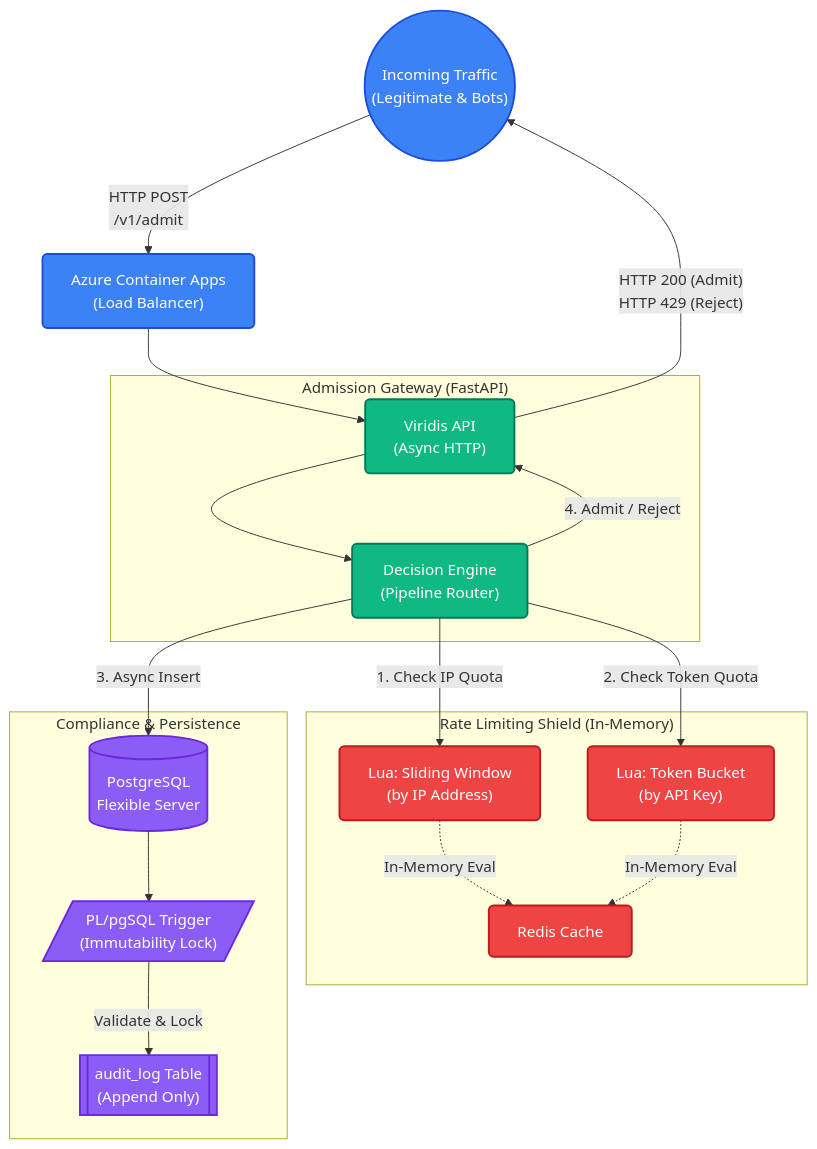
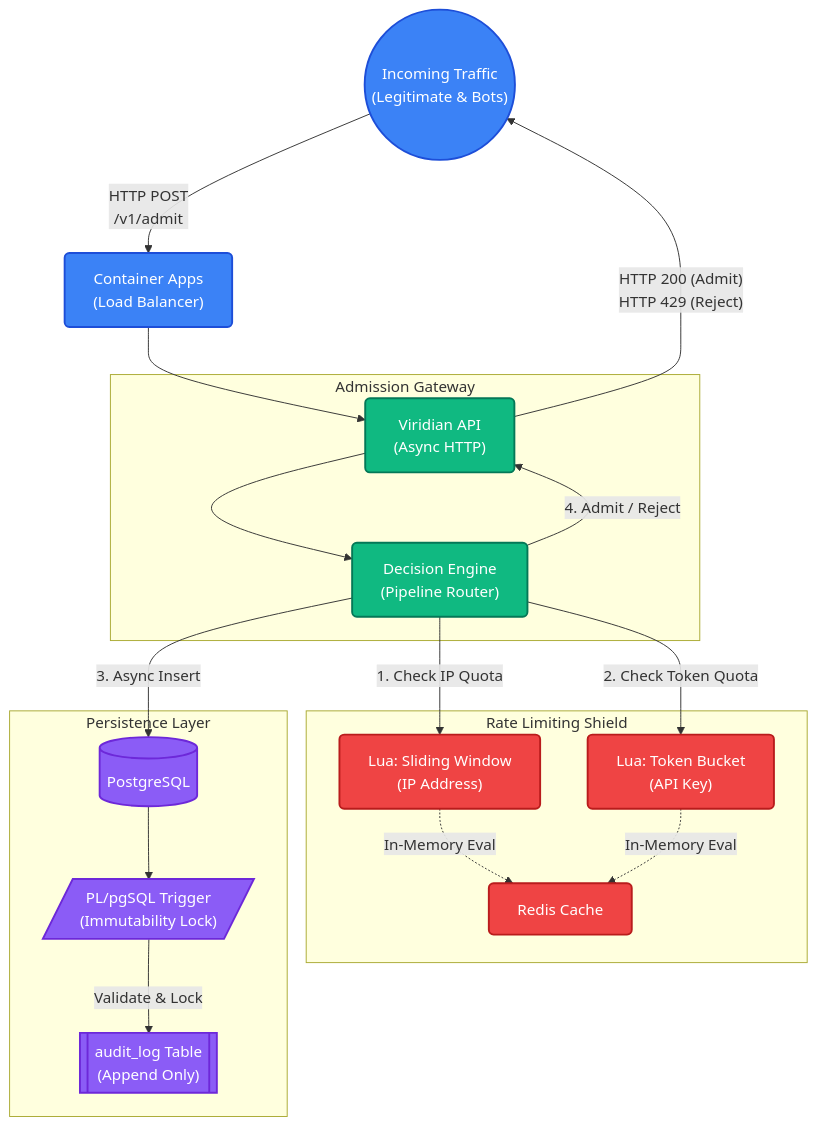
One commit to frostbyte8909/Viridis changed the diagram in README.md. Above: the diagram before and after it, drawn with Mermaid. The commit also changed other lines of this file, not shown here.

````diff
--- a/README.md
+++ b/README.md
@@ -13,50 +18,44 @@
 ```mermaid
 flowchart TD
-    %% Define Styles
     classDef client fill:#3b82f6,stroke:#1d4ed8,color:white,stroke-width:2px,rx:5px,ry:5px
     classDef fastapiserver fill:#10b981,stroke:#047857,color:white,stroke-width:2px,rx:5px,ry:5px
     classDef redis fill:#ef4444,stroke:#b91c1c,color:white,stroke-width:2px,rx:5px,ry:5px
     classDef db fill:#8b5cf6,stroke:#6d28d9,color:white,stroke-width:2px,rx:5px,ry:5px
     classDef worker fill:#f59e0b,stroke:#b45309,color:white,stroke-width:2px,rx:5px,ry:5px
 
-    %% Nodes
     Client(("Incoming Traffic\n(Legitimate & Bots)")):::client
-    LoadBalancer["Azure Container Apps\n(Load Balancer)"]:::client
+    LoadBalancer["Container Apps\n(Load Balancer)"]:::client
     
-    subgraph "Admission Gateway (FastAPI)"
-        API["Viridis API\n(Async HTTP)"]:::fastapiserver
+    subgraph "Admission Gateway"
+        API["Viridian API\n(Async HTTP)"]:::fastapiserver
         Orchestrator["Decision Engine\n(Pipeline Router)"]:::fastapiserver
     end
 
-    subgraph "Rate Limiting Shield (In-Memory)"
+    subgraph "Rate Limiting Shield"
         Redis["Redis Cache"]:::redis
-        IPLimit["Lua: Sliding Window\n(by IP Address)"]:::redis
-        TokenLimit["Lua: Token Bucket\n(by API Key)"]:::redis
+        IPLimit["Lua: Sliding Window\n(IP Address)"]:::redis
+        TokenLimit["Lua: Token Bucket\n(API Key)"]:::redis
     end
 
-    subgraph "Compliance & Persistence"
-        Postgres[(PostgreSQL\nFlexible Server)]:::db
+    subgraph "Persistence Layer"
+        Postgres[(PostgreSQL)]:::db
         Trigger[/"PL/pgSQL Trigger\n(Immutability Lock)"/]:::db
         AuditLog[["audit_log Table\n(Append Only)"]]:::db
     end
 
-    %% Connections
     Client -- "HTTP POST\n/v1/admit" --> LoadBalancer
     LoadBalancer --> API
     API --> Orchestrator
     
-    %% Redis interactions
     Orchestrator -- "1. Check IP Quota" --> IPLimit
     IPLimit -. "In-Memory Eval" .-> Redis
     Orchestrator -- "2. Check Token Quota" --> TokenLimit
     TokenLimit -. "In-Memory Eval" .-> Redis
 
-    %% Postgres interactions
     Orchestrator -- "3. Async Insert" --> Postgres
     Postgres --> Trigger
     Trigger -- "Validate & Lock" --> AuditLog
 
-    %% Return flow
     Orchestrator -- "4. Admit / Reject" --> API
     API -- "HTTP 200 (Admit)\nHTTP 429 (Reject)" --> Client
 ```
````
